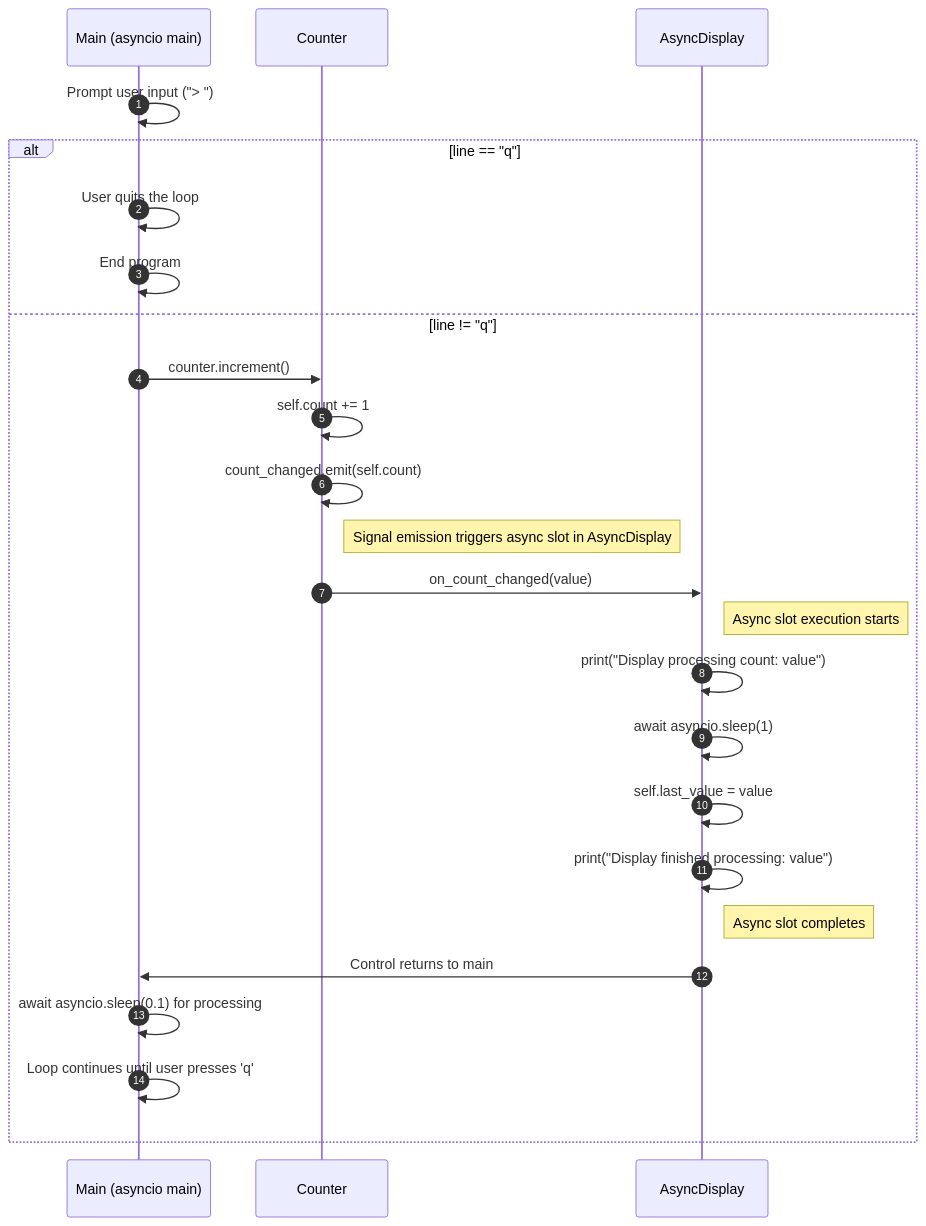
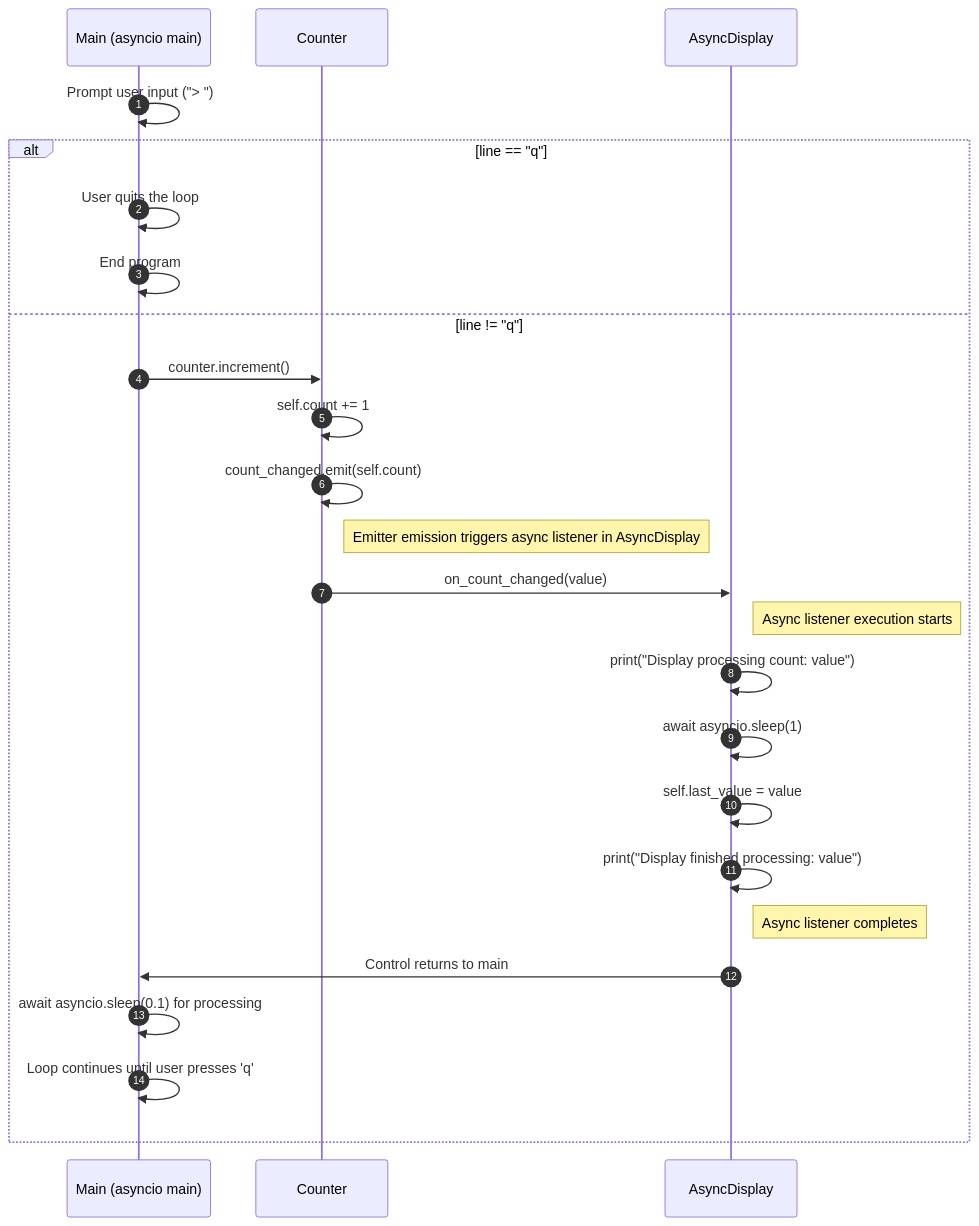
Before and after one commit to nexconnectio/pynnex: the second of 12 diagrams in docs/examples.md, drawn with Mermaid. The commit also changed other lines of this file and 43 other files, not shown here.

First line of the commit message:
refactor: rename signal/slot to emitter/listener (#10)

````diff
--- a/docs/examples.md
+++ b/docs/examples.md
@@ -85,28 +93,28 @@
 ```mermaid
 sequenceDiagram
     autonumber
     participant M as Main (asyncio main)
     participant C as Counter
     participant D as AsyncDisplay
 
     M->>M: Prompt user input ("> ")
     alt line == "q"
         M->>M: User quits the loop
         M->>M: End program
     else line != "q"
         M->>C: counter.increment()
         C->>C: self.count += 1
         C->>C: count_changed.emit(self.count)
-        note right of C: Signal emission triggers async slot in AsyncDisplay
+        note right of C: Emitter emission triggers async listener in AsyncDisplay
         C->>D: on_count_changed(value)
-        note right of D: Async slot execution starts
+        note right of D: Async listener execution starts
         D->>D: print("Display processing count: value")
         D->>D: await asyncio.sleep(1)
         D->>D: self.last_value = value
         D->>D: print("Display finished processing: value")
-        note right of D: Async slot completes
+        note right of D: Async listener completes
         D->>M: Control returns to main
         M->>M: await asyncio.sleep(0.1) for processing
         M->>M: Loop continues until user presses 'q'
     end
 ```
````
